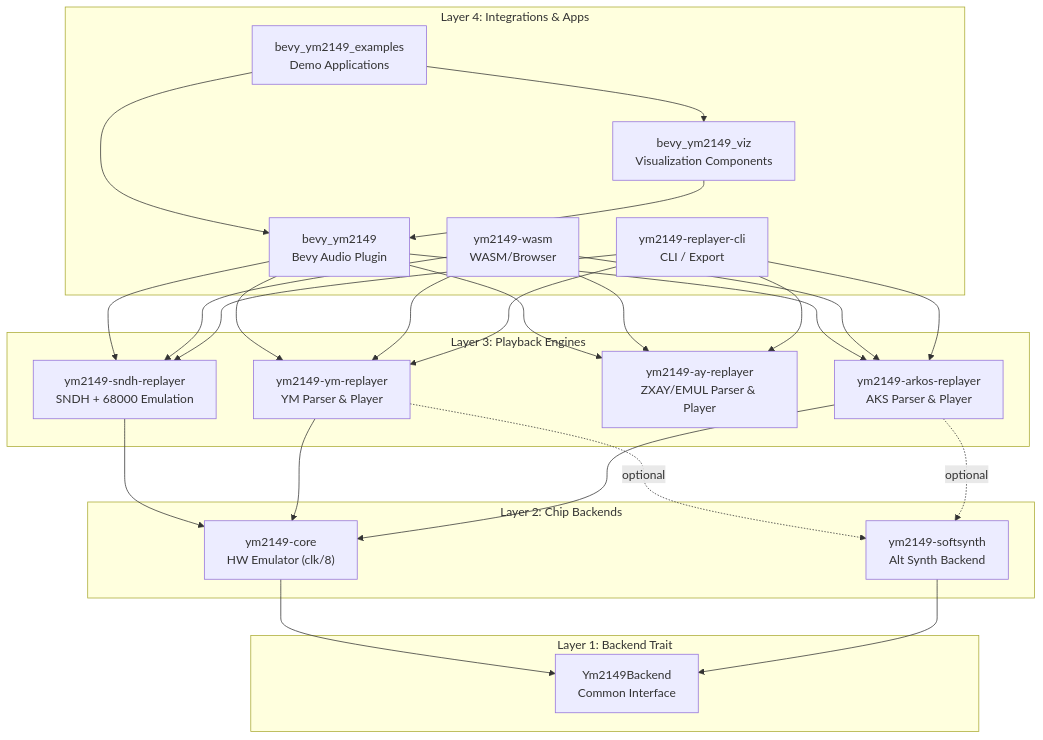
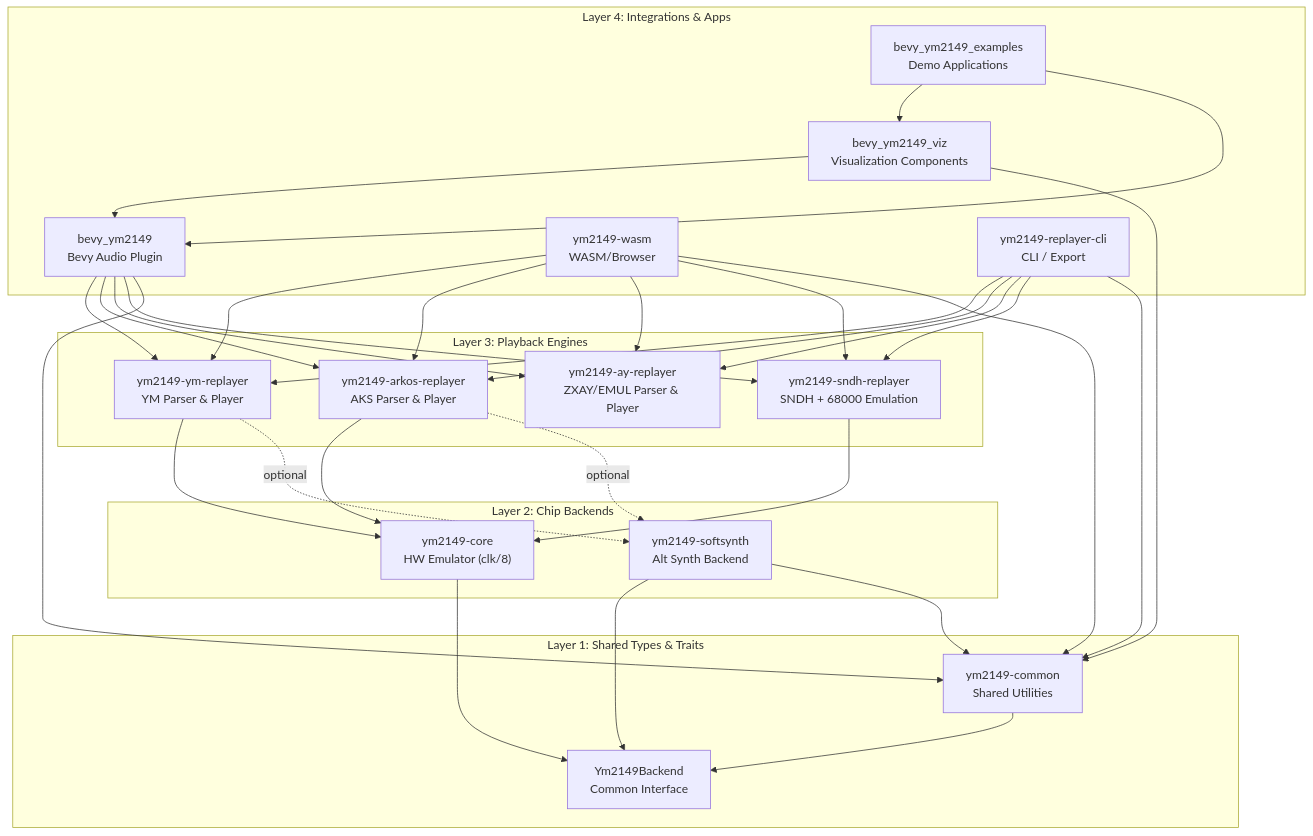
The first of 6 diagrams in ARCHITECTURE.md (slippyex/ym2149-rs), drawn with Mermaid before and after one commit. The commit also changed other lines of this file and 32 other files, not shown here.

````diff
--- a/ARCHITECTURE.md
+++ b/ARCHITECTURE.md
@@ -11,49 +11,56 @@
 ```mermaid
 graph TB
     subgraph "Layer 4: Integrations & Apps"
         BEVY_EX["bevy_ym2149_examples<br/>Demo Applications"]
         BEVY_VIZ["bevy_ym2149_viz<br/>Visualization Components"]
         BEVY["bevy_ym2149<br/>Bevy Audio Plugin"]
         WASM["ym2149-wasm<br/>WASM/Browser"]
         CLI["ym2149-replayer-cli<br/>CLI / Export"]
     end
 
     subgraph "Layer 3: Playback Engines"
         REPLAYER["ym2149-ym-replayer<br/>YM Parser & Player"]
         ARKOS["ym2149-arkos-replayer<br/>AKS Parser & Player"]
         AY["ym2149-ay-replayer<br/>ZXAY/EMUL Parser & Player"]
         SNDH["ym2149-sndh-replayer<br/>SNDH + 68000 Emulation"]
     end
 
     subgraph "Layer 2: Chip Backends"
         YM2149["ym2149-core<br/>HW Emulator (clk/8)"]
         SOFTSYNTH["ym2149-softsynth<br/>Alt Synth Backend"]
     end
 
-    subgraph "Layer 1: Backend Trait"
+    subgraph "Layer 1: Shared Types & Traits"
+        COMMON["ym2149-common<br/>Shared Utilities"]
         TRAIT["Ym2149Backend<br/>Common Interface"]
     end
 
     BEVY_EX --> BEVY_VIZ
     BEVY_EX --> BEVY
     BEVY_VIZ --> BEVY
+    BEVY_VIZ --> COMMON
     BEVY --> REPLAYER
     BEVY --> ARKOS
     BEVY --> AY
     BEVY --> SNDH
+    BEVY --> COMMON
     WASM --> REPLAYER
     WASM --> ARKOS
     WASM --> AY
     WASM --> SNDH
+    WASM --> COMMON
     CLI --> REPLAYER
     CLI --> ARKOS
     CLI --> AY
     CLI --> SNDH
+    CLI --> COMMON
     SNDH --> YM2149
     REPLAYER --> YM2149
     REPLAYER -.optional.-> SOFTSYNTH
     ARKOS --> YM2149
     ARKOS -.optional.-> SOFTSYNTH
     YM2149 --> TRAIT
     SOFTSYNTH --> TRAIT
+    SOFTSYNTH --> COMMON
+    COMMON --> TRAIT
 ```
````
